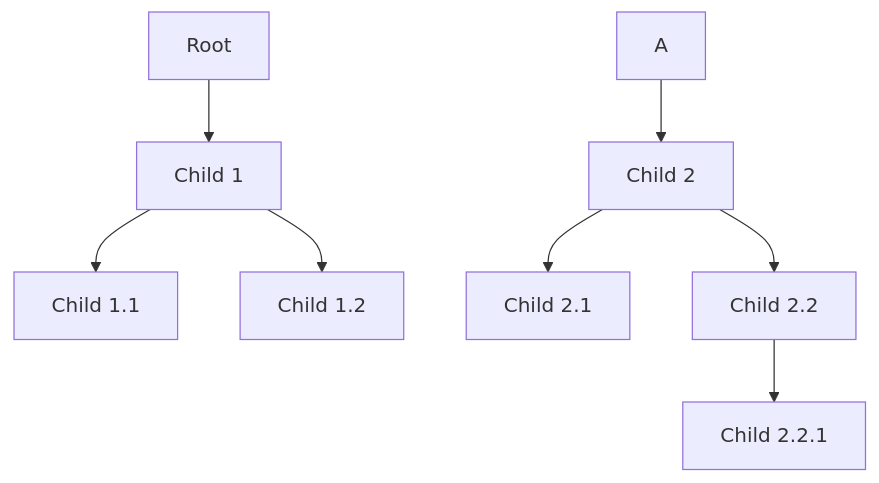
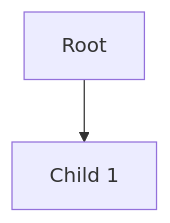
Before and after one commit to sebs-tech/docs-and-shortcuts: the diagram in wsl/overview.md, drawn with Mermaid.

````diff
--- a/wsl/overview.md
+++ b/wsl/overview.md
@@ -1,10 +1,4 @@
 ```mermaid
 graph TD
   WSL[Root] --> B[Child 1]
-  A --> C[Child 2]
-  B --> D[Child 1.1]
-  B --> E[Child 1.2]
-  C --> F[Child 2.1]
-  C --> G[Child 2.2]
-  G --> H[Child 2.2.1]
 ```
````
